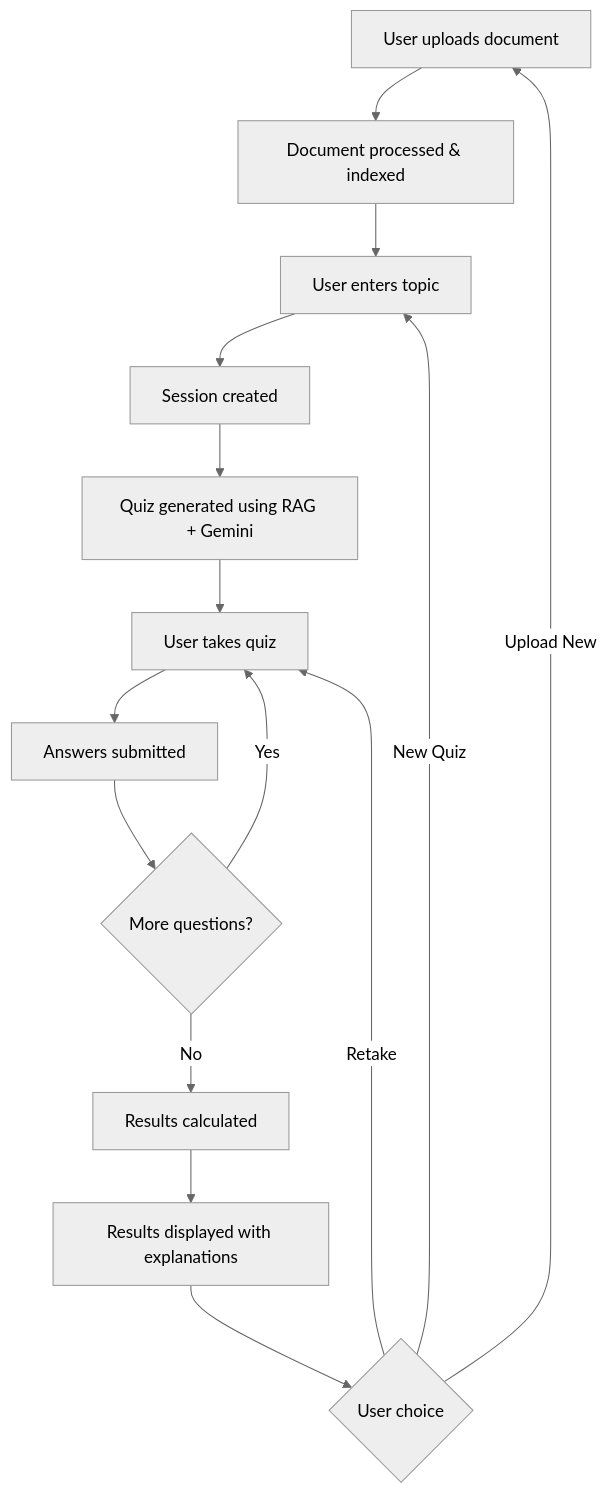
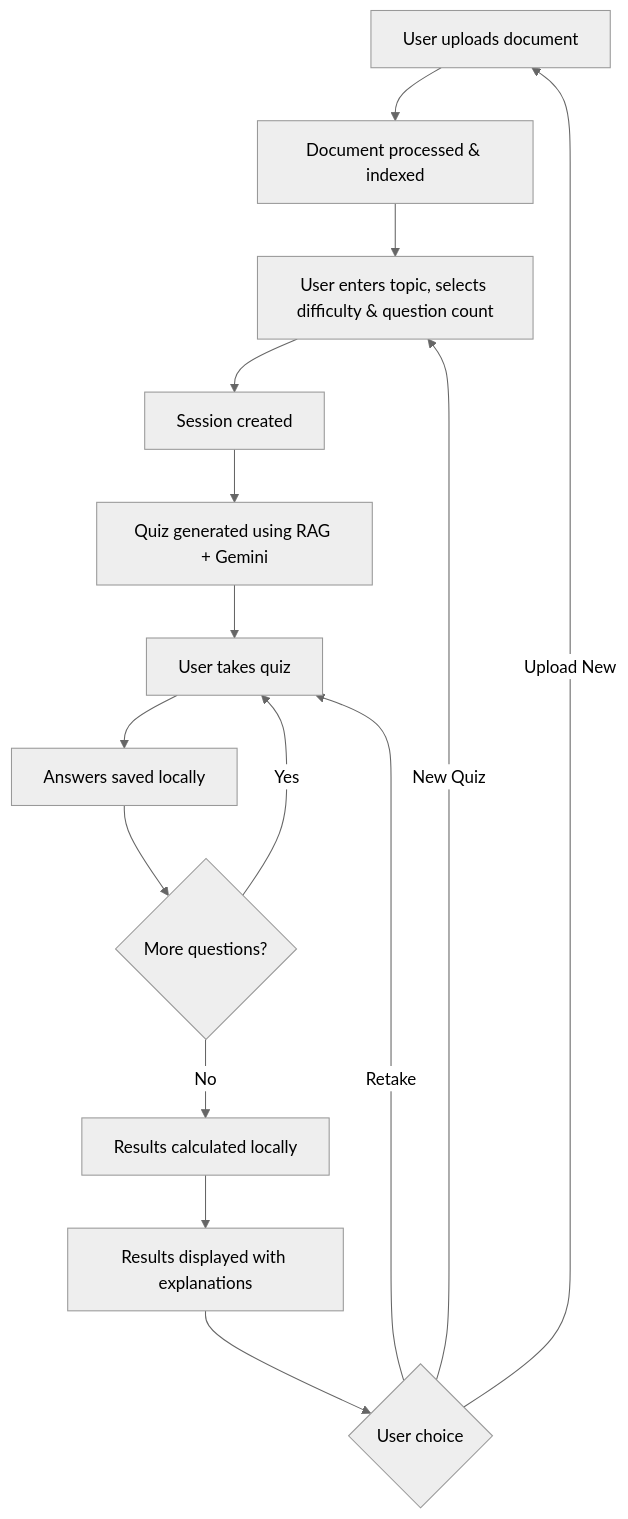
Before and after one commit to Misal-Ambasta/W5D3-RAG-Quiz-Generator: the sixth of 7 diagrams in flow.md, drawn with Mermaid (neutral theme). The commit also changed other lines of this file and 14 other files, not shown here.

````diff
--- a/flow.md
+++ b/flow.md
@@ -335,17 +333,17 @@
 ```mermaid
 flowchart TD
     A[User uploads document] --> B[Document processed & indexed]
-    B --> C[User enters topic]
+    B --> C[User enters topic, selects difficulty & question count]
     C --> D[Session created]
     D --> E[Quiz generated using RAG + Gemini]
     E --> F[User takes quiz]
-    F --> G[Answers submitted]
+    F --> G[Answers saved locally]
     G --> H{More questions?}
     H -->|Yes| F
-    H -->|No| I[Results calculated]
+    H -->|No| I[Results calculated locally]
     I --> J[Results displayed with explanations]
     J --> K{User choice}
     K -->|Retake| F
     K -->|New Quiz| C
     K -->|Upload New| A
 ```
````
